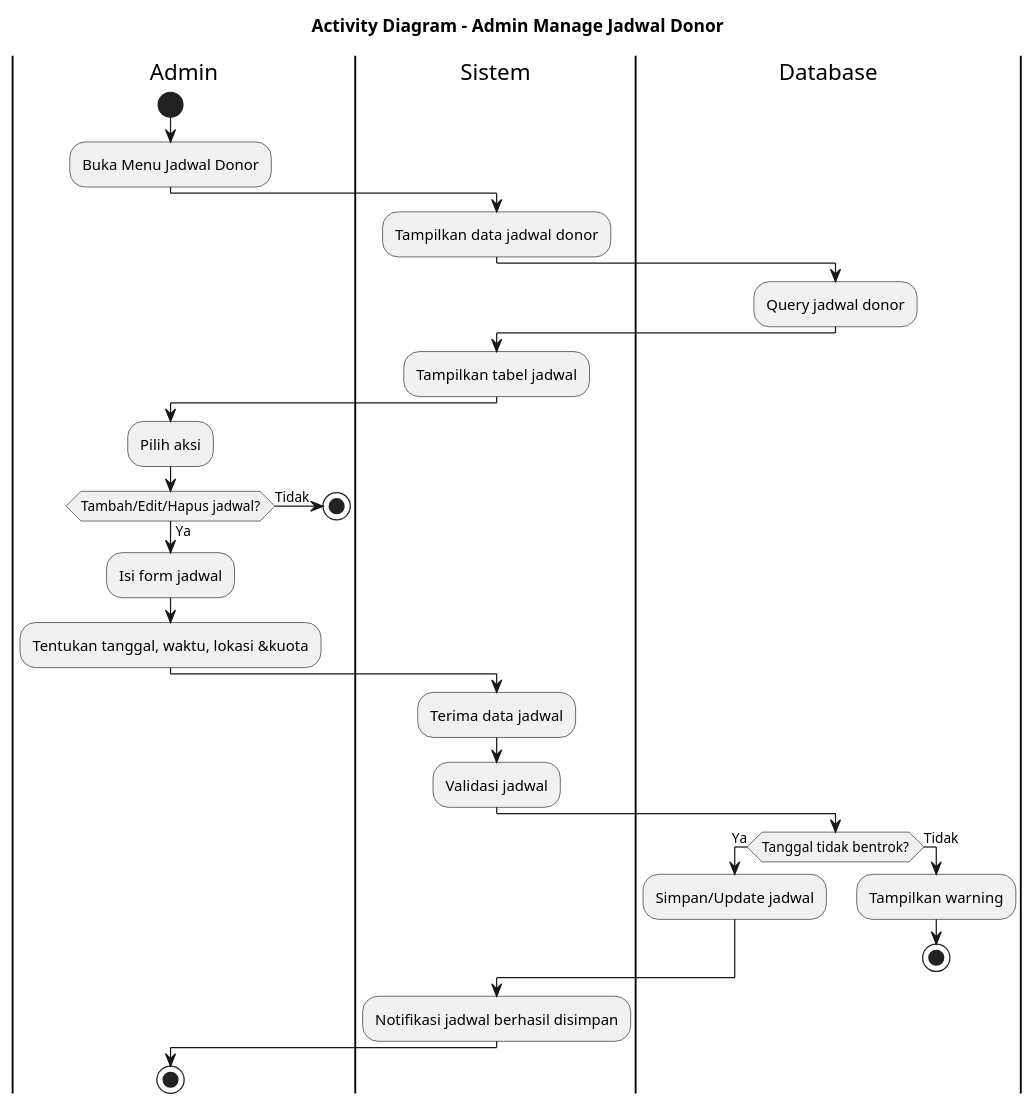
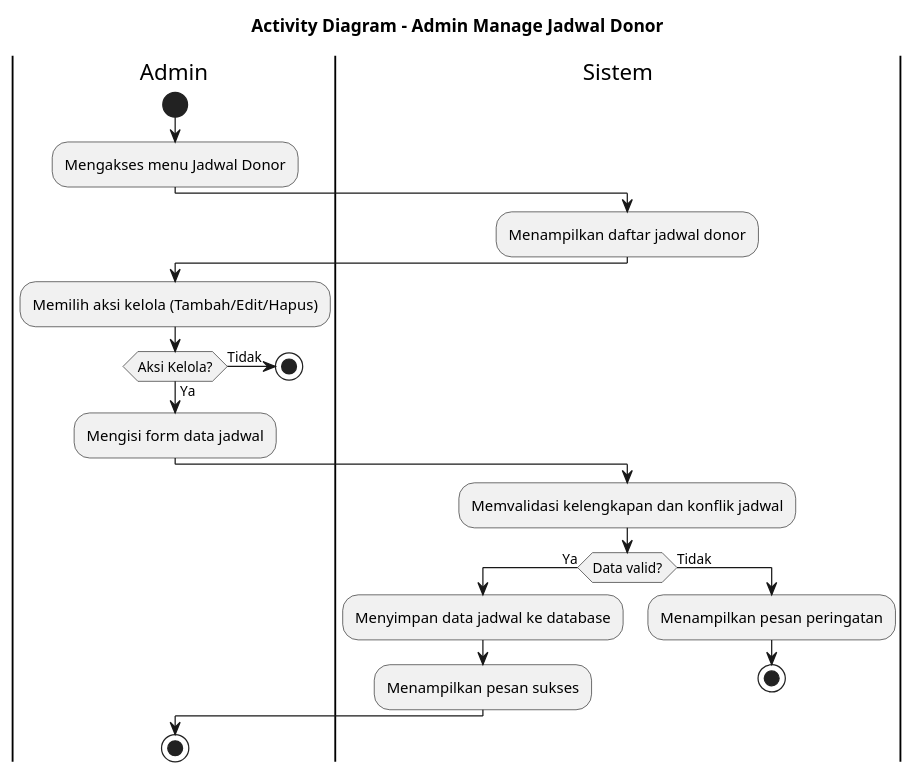
Before and after one commit to jaddu17/capstonepmikp: the diagram in diagram/activitydiagram_admin_manage_jadwal.puml, drawn with PlantUML. The commit also changed 11 other files, not shown here.

```diff
--- a/diagram/activitydiagram_admin_manage_jadwal.puml
+++ b/diagram/activitydiagram_admin_manage_jadwal.puml
@@ -1,44 +1,33 @@
 @startuml ACTIVITY_DIAGRAM_ADMIN_MANAGE_JADWAL
 title Activity Diagram - Admin Manage Jadwal Donor
 
 |Admin|
 start
-:Buka Menu Jadwal Donor;
+:Mengakses menu Jadwal Donor;
 
 |Sistem|
-:Tampilkan data jadwal donor;
-
-|Database|
-:Query jadwal donor;
-
-|Sistem|
-:Tampilkan tabel jadwal;
+:Menampilkan daftar jadwal donor;
 
 |Admin|
-:Pilih aksi;
-if (Tambah/Edit/Hapus jadwal?) then (Ya)
-  :Isi form jadwal;
-  :Tentukan tanggal, waktu, lokasi &kuota;
+:Memilih aksi kelola (Tambah/Edit/Hapus);
+if (Aksi Kelola?) then (Ya)
+  :Mengisi form data jadwal;
 else (Tidak)
   stop
 endif
 
 |Sistem|
-:Terima data jadwal;
-:Validasi jadwal;
+:Memvalidasi kelengkapan dan konflik jadwal;
 
-|Database|
-if (Tanggal tidak bentrok?) then (Ya)
-  :Simpan/Update jadwal;
+if (Data valid?) then (Ya)
+  :Menyimpan data jadwal ke database;
+  :Menampilkan pesan sukses;
 else (Tidak)
-  :Tampilkan warning;
+  :Menampilkan pesan peringatan;
   stop
 endif
-
-|Sistem|
-:Notifikasi jadwal berhasil disimpan;
 
 |Admin|
 stop
 
 @enduml
```
